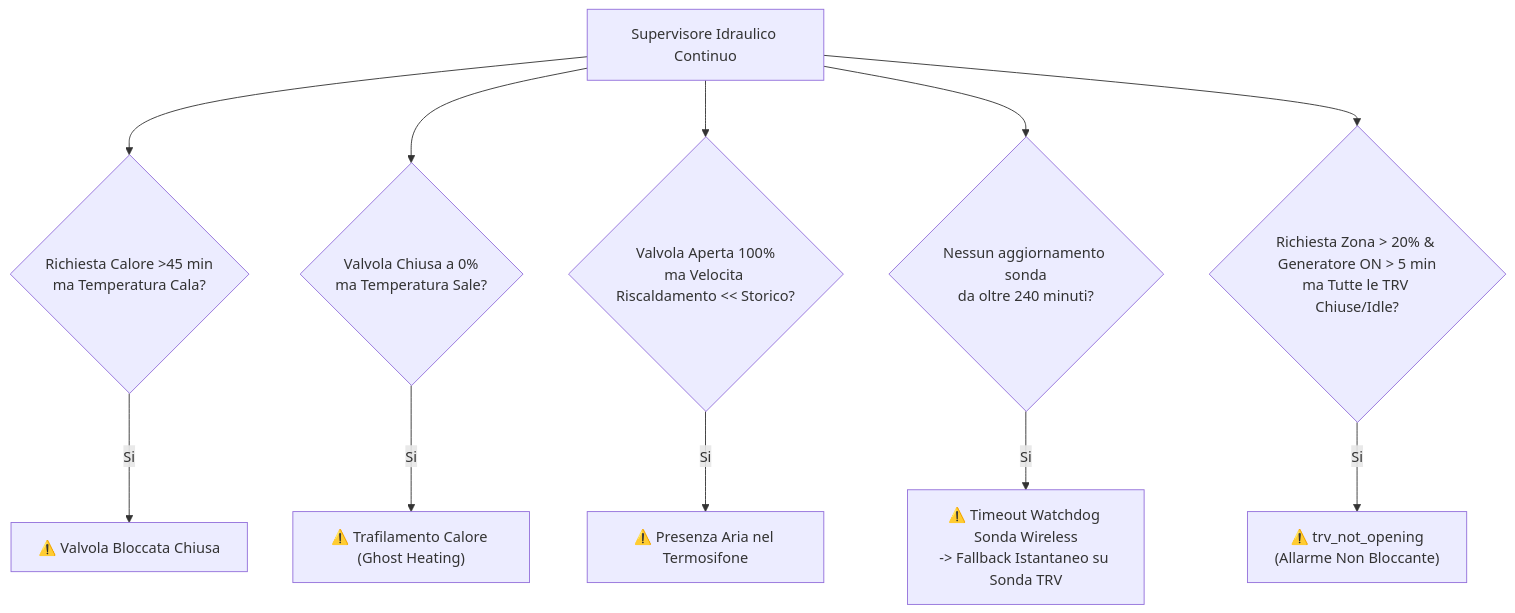
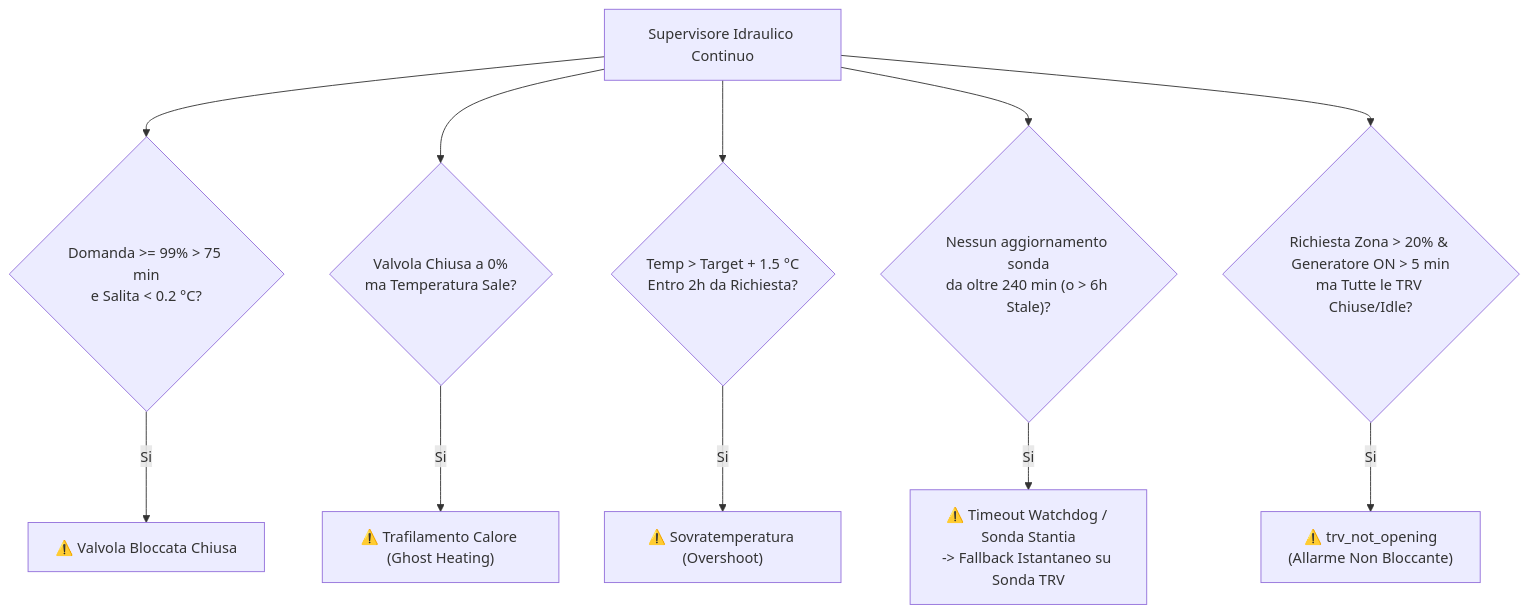
One commit to alex-military/multizone-thermostat changed the diagram in docs/wiki/it/diagnostics_safety.md. Above: the diagram before and after it, drawn with Mermaid. The commit also changed other lines of this file and 25 other files, not shown here.

Commit message:
docs: update wiki, README and roadmap through v6.0.26

````diff
--- a/docs/wiki/it/diagnostics_safety.md
+++ b/docs/wiki/it/diagnostics_safety.md
@@ -13,18 +13,18 @@
 ```mermaid
 flowchart TD
     Diagnosi["Supervisore Idraulico Continuo"]
-    Diagnosi --> CheckBlocco{"Richiesta Calore >45 min<br>ma Temperatura Cala?"}
+    Diagnosi --> CheckBlocco{"Domanda >= 99% > 75 min<br>e Salita < 0.2 °C?"}
     CheckBlocco -->|Si| AllarmeBlocco["⚠️ Valvola Bloccata Chiusa"]
     
     Diagnosi --> CheckTrafilamento{"Valvola Chiusa a 0%<br>ma Temperatura Sale?"}
     CheckTrafilamento -->|Si| AllarmeTrafilamento["⚠️ Trafilamento Calore (Ghost Heating)"]
     
-    Diagnosi --> CheckAria{"Valvola Aperta 100%<br>ma Velocita Riscaldamento << Storico?"}
-    CheckAria -->|Si| AllarmeAria["⚠️ Presenza Aria nel Termosifone"]
+    Diagnosi --> CheckOvershoot{"Temp > Target + 1.5 °C<br>Entro 2h da Richiesta?"}
+    CheckOvershoot -->|Si| AllarmeOvershoot["⚠️ Sovratemperatura (Overshoot)"]
     
-    Diagnosi --> CheckSonda{"Nessun aggiornamento sonda<br>da oltre 240 minuti?"}
-    CheckSonda -->|Si| AllarmeSonda["⚠️ Timeout Watchdog Sonda Wireless<br>-> Fallback Istantaneo su Sonda TRV"]
+    Diagnosi --> CheckSonda{"Nessun aggiornamento sonda<br>da oltre 240 min (o > 6h Stale)?"}
+    CheckSonda -->|Si| AllarmeSonda["⚠️ Timeout Watchdog / Sonda Stantia<br>-> Fallback Istantaneo su Sonda TRV"]
     
     Diagnosi --> CheckTrvOpen{"Richiesta Zona > 20% & Generatore ON > 5 min<br>ma Tutte le TRV Chiuse/Idle?"}
     CheckTrvOpen -->|Si| AllarmeTrvOpen["⚠️ trv_not_opening<br>(Allarme Non Bloccante)"]
 ```
````
